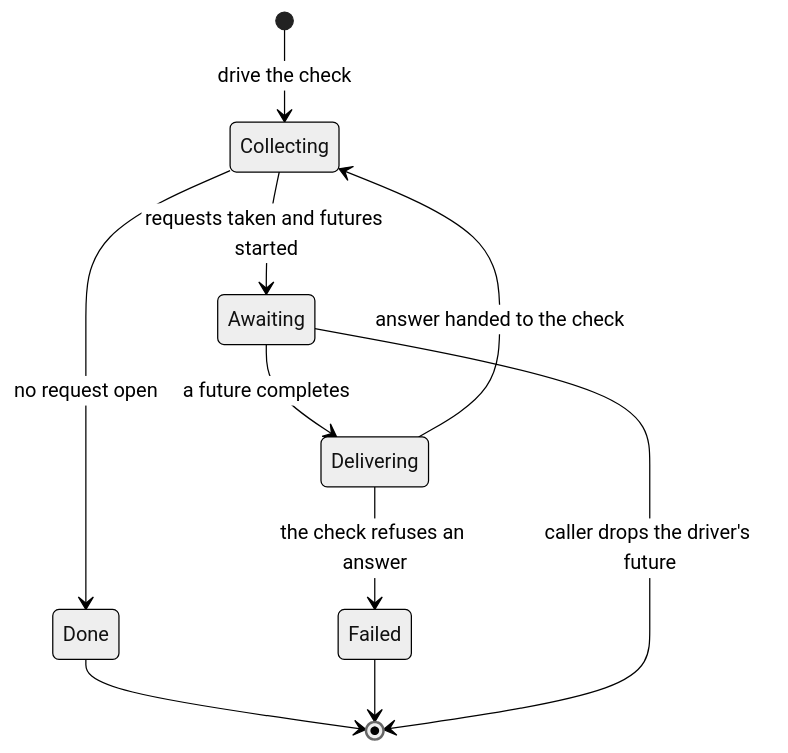
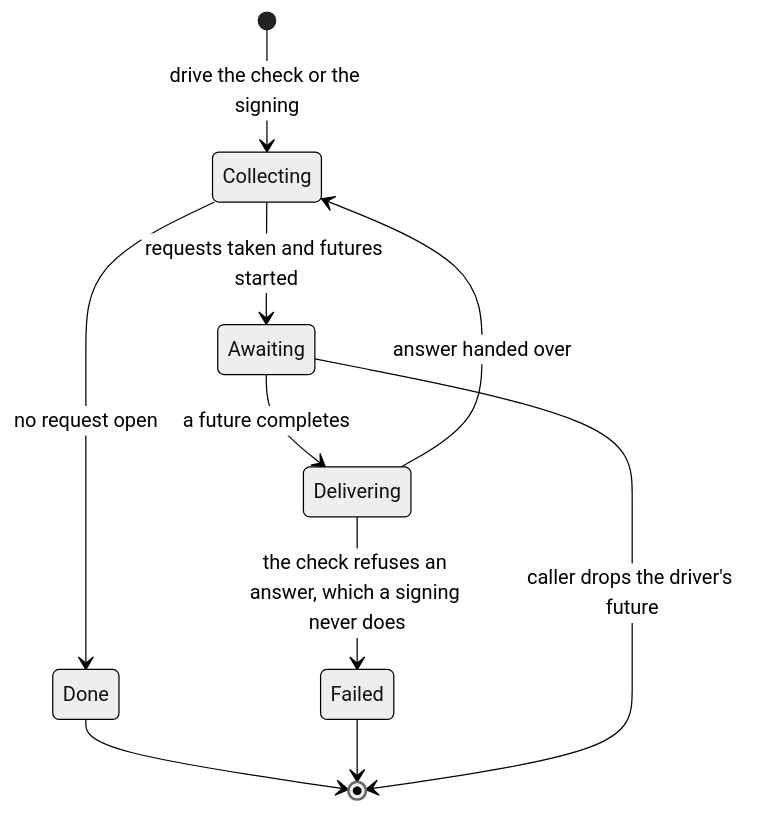
One commit to photom/hallmark changed the ninth of 9 diagrams in docs/reference/design/lifecycle.md. Above: the diagram before and after it, drawn with Mermaid (neutral theme). The commit also changed other lines of this file and 48 other files, not shown here.

First line of the commit message:
Give the signing caller its own entry type, Signing, apart from Check (#19)

````diff
--- a/docs/reference/design/lifecycle.md
+++ b/docs/reference/design/lifecycle.md
@@ -174,12 +213,12 @@
 ```mermaid
 stateDiagram-v2
-    [*] --> Collecting : drive the check
+    [*] --> Collecting : drive the check or the signing
     Collecting --> Awaiting : requests taken and futures started
     Awaiting --> Delivering : a future completes
-    Delivering --> Collecting : answer handed to the check
+    Delivering --> Collecting : answer handed over
     Collecting --> Done : no request open
-    Delivering --> Failed : the check refuses an answer
+    Delivering --> Failed : the check refuses an answer, which a signing never does
     Done --> [*]
     Failed --> [*]
     Awaiting --> [*] : caller drops the driver's future
 ```
````
